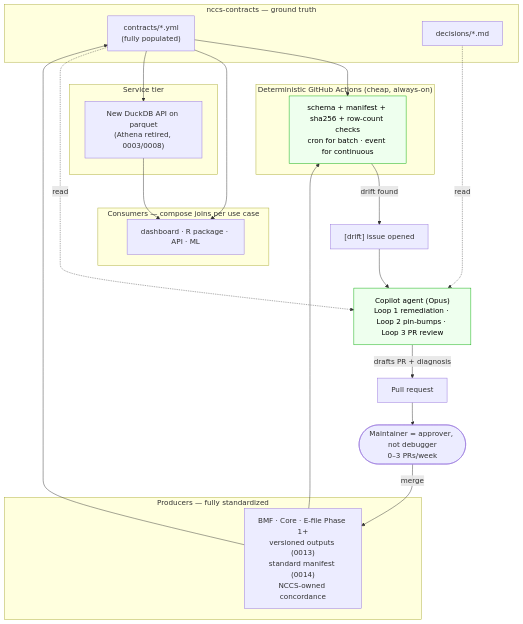
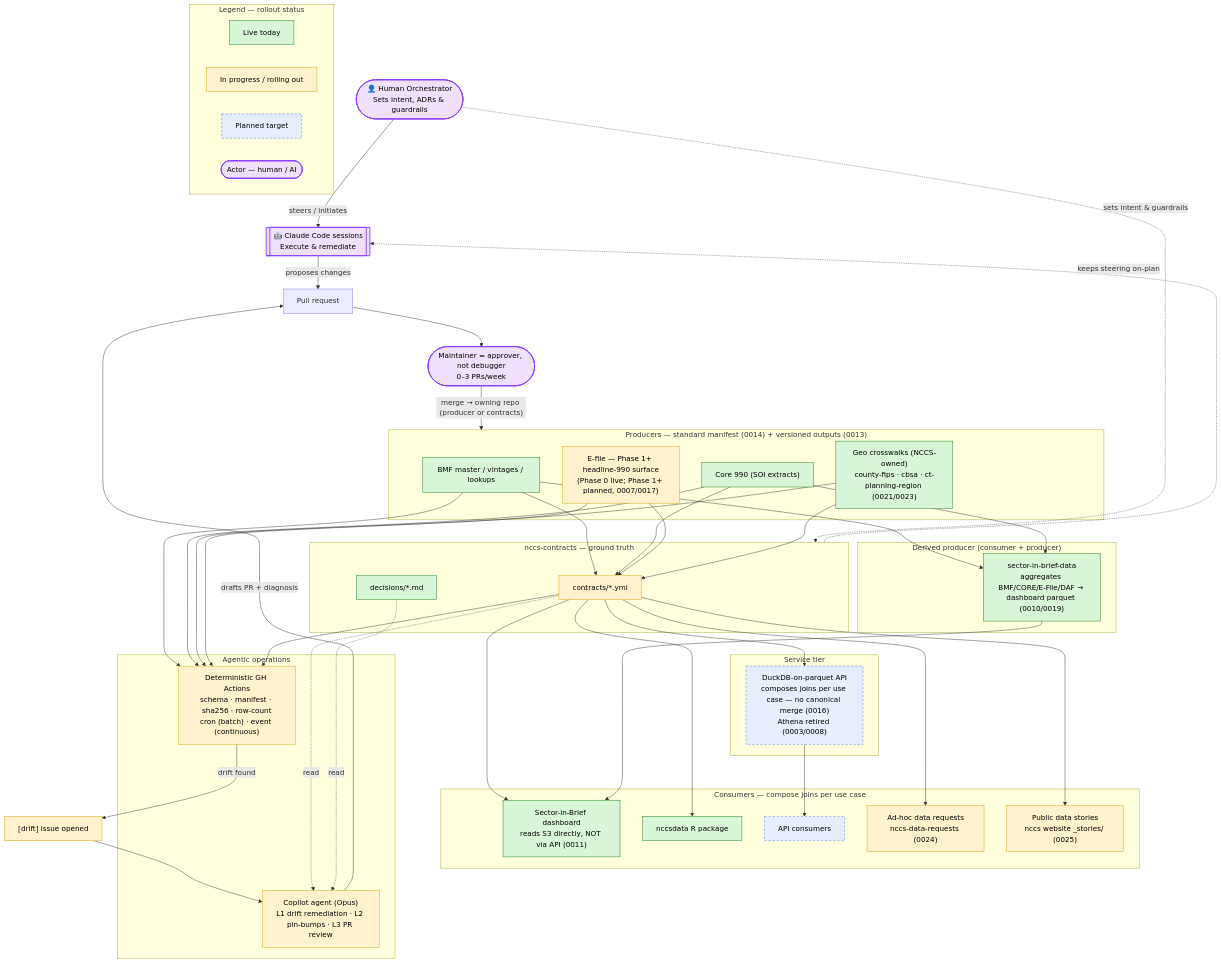
One commit to UrbanInstitute/nccs-contracts changed the third of 3 diagrams in docs/agentic-systems-design.md. Above: the diagram before and after it, drawn with Mermaid. The commit also changed other lines of this file, not shown here.

Commit message:
Update agentic-systems-design.md (#12)

````diff
--- a/docs/agentic-systems-design.md
+++ b/docs/agentic-systems-design.md
@@ -157,40 +172,81 @@
 ```mermaid
-flowchart TB
-    subgraph SPINE2["nccs-contracts — ground truth"]
-        contracts2["contracts/*.yml<br/>(fully populated)"]
-        adrs2["decisions/*.md"]
-    end
+  flowchart TB
+      %% ===== Orchestration layer (actors, not data nodes) =====
+      human(["👤 Human Orchestrator<br/>Sets intent, ADRs & guardrails"])
+      claude[["🤖 Claude Code sessions<br/>Execute & remediate"]]
+      human -->|steers / initiates| claude
+      claude -->|proposes changes| pr
 
-    subgraph PRODF["Producers — fully standardized"]
-        prod["BMF · Core · E-file Phase 1+<br/>versioned outputs (0013)<br/>standard manifest (0014)<br/>NCCS-owned concordance"]
-    end
+      %% ===== Spine =====
+      subgraph SPINE["nccs-contracts — ground truth"]
+          contracts["contracts/*.yml"]:::progress
+          adrs["decisions/*.md"]:::live
+      end
+      human -.->|sets intent & guardrails| SPINE
+      SPINE -.->|keeps steering on-plan| claude
 
-    subgraph SERVICE["Service tier"]
-        api2["New DuckDB API on parquet<br/>(Athena retired, 0003/0008)"]
-    end
+      %% ===== Producers =====
+      subgraph PROD["Producers — standard manifest (0014) + versioned outputs (0013)"]
+          bmf["BMF master / vintages / lookups"]:::live
+          core["Core 990 (SOI extracts)"]:::live
+          efile["E-file — Phase 1+ headline-990 surface<br/>(Phase 0 live; Phase 1+ planned, 0007/0017)"]:::progress
+          xwalk["Geo crosswalks (NCCS-owned)<br/>county-fips · cbsa · ct-planning-region (0021/0023)"]:::live
+      end
 
-    subgraph CONSF["Consumers — compose joins per use case"]
-        consumers["dashboard · R package · API · ML"]
-    end
+      %% ===== Derived producer tier =====
+      subgraph DERIV["Derived producer (consumer + producer)"]
+          sib["sector-in-brief-data<br/>aggregates BMF/CORE/E-File/DAF → dashboard parquet (0010/0019)"]:::live
+      end
 
-    subgraph CI["Deterministic GitHub Actions (cheap, always-on)"]
-        check["schema + manifest + sha256 + row-count checks<br/>cron for batch · event for continuous"]
-    end
+      %% ===== Service tier =====
+      subgraph SVC["Service tier"]
+          api["DuckDB-on-parquet API<br/>composes joins per use case — no canonical merge (0016)<br/>Athena retired (0003/0008)"]:::planned
+      end
 
-    prod --> contracts2
-    prod --> check
-    contracts2 --> check
-    contracts2 --> consumers
-    contracts2 --> api2 --> consumers
+      %% ===== Consumers =====
+      subgraph CONS["Consumers — compose joins per use case"]
+          dash["Sector-in-Brief dashboard<br/>reads S3 directly, NOT via API (0011)"]:::live
+          rpkg["nccsdata R package"]:::live
+          apicons["API consumers"]:::planned
+          adhoc["Ad-hoc data requests<br/>nccs-data-requests (0024)"]:::progress
+          stories["Public data stories<br/>nccs website _stories/ (0025)"]:::progress
+      end
 
-    check -- "drift found" --> issue["[drift] issue opened"]
-    issue --> agent["Copilot agent (Opus)<br/>Loop 1 remediation · Loop 2 pin-bumps · Loop 3 PR review"]
-    contracts2 -. read .-> agent
-    adrs2 -. read .-> agent
-    agent -- "drafts PR + diagnosis" --> pr["Pull request"]
-    pr --> approver(["Maintainer = approver, not debugger<br/>0–3 PRs/week"])
-    approver -- merge --> prod
+      %% ===== Agentic operations =====
+      subgraph OPS["Agentic operations"]
+          check["Deterministic GH Actions<br/>schema · manifest · sha256 · row-count<br/>cron (batch) · event (continuous)"]:::progress
+          agent["Copilot agent (Opus)<br/>L1 drift remediation · L2 pin-bumps · L3 PR review"]:::progress
+      end
 
-    classDef done fill:#efe,stroke:#0a0,color:#000;
-    class check,agent done;
+      %% ===== Data + control flow =====
+      bmf & core & efile & xwalk --> contracts
+      bmf & core --> sib
+      bmf & core & efile & xwalk --> check
+      contracts --> check
+      contracts --> dash & rpkg & adhoc & stories
+      contracts --> api --> apicons
+      sib --> dash
+
+      check -- "drift found" --> issue["[drift] issue opened"]:::progress
+      issue --> agent
+      contracts -. read .-> agent
+      adrs -. read .-> agent
+      agent -- "drafts PR + diagnosis" --> pr["Pull request"]
+      pr --> approver(["Maintainer = approver, not debugger<br/>0–3 PRs/week"])
+      approver -- "merge → owning repo (producer or contracts)" --> PROD
+
+      %% ===== Legend =====
+      subgraph LEGEND["Legend — rollout status"]
+          direction LR
+          l1["Live today"]:::live
+          l2["In progress / rolling out"]:::progress
+          l3["Planned target"]:::planned
+          l4(["Actor — human / AI"]):::actor
+      end
+
+      classDef live     fill:#d8f5d8,stroke:#1a7a1a,color:#000;
+      classDef progress fill:#fff2cc,stroke:#d6a400,color:#000;
+      classDef planned  fill:#e6eefc,stroke:#3b6fd6,stroke-dasharray:5 4,color:#000;
+      classDef actor    fill:#efe0fb,stroke:#8a3ffc,stroke-width:2px,color:#000;
+      class human,claude,approver actor;
 ```
````
